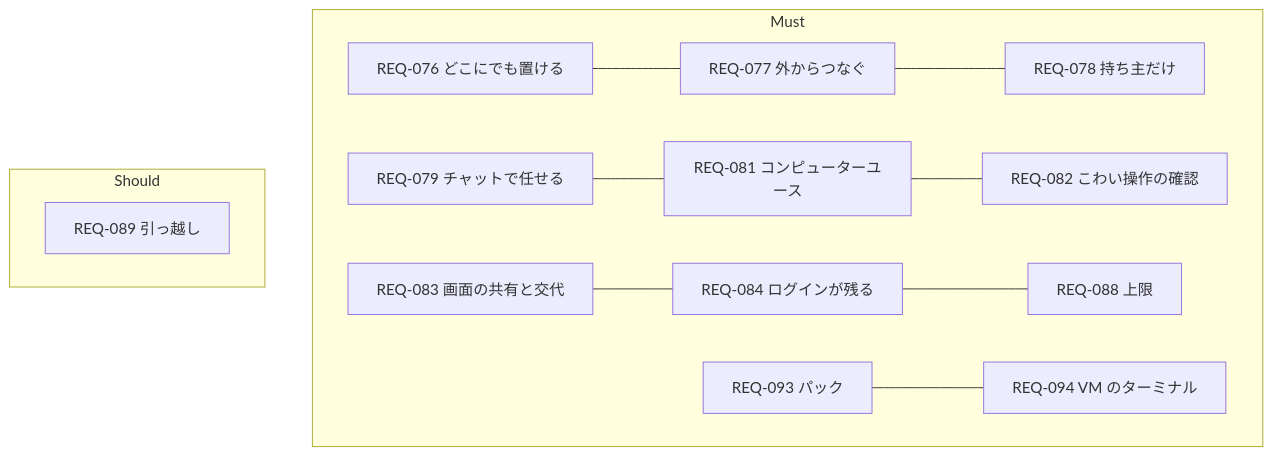
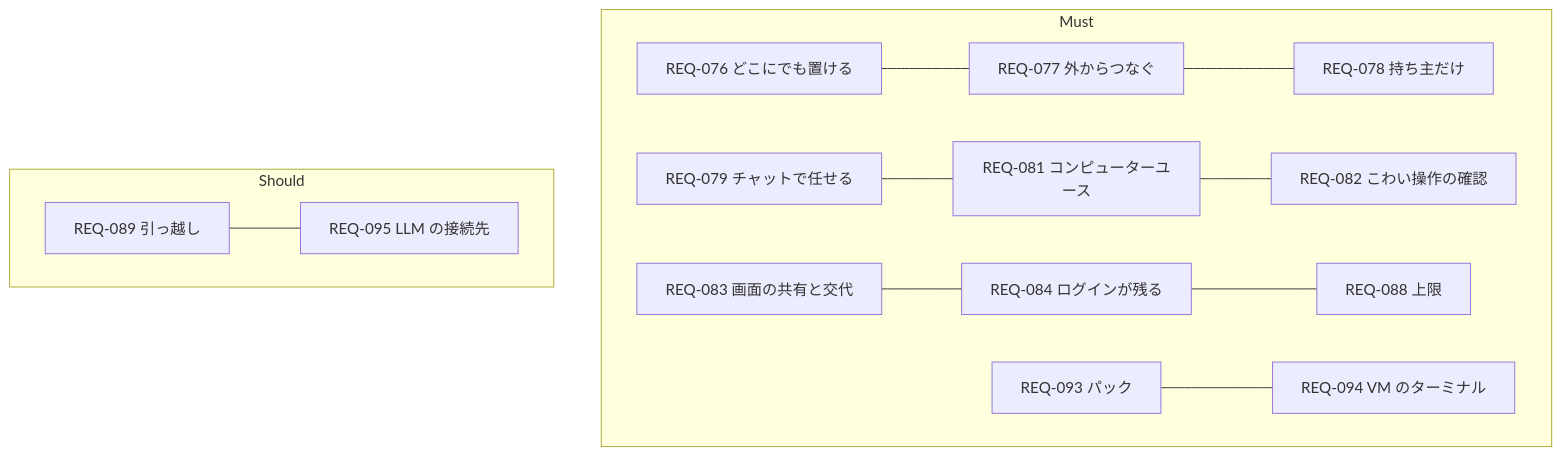
The diagram in docs/design/01_requirements.md (itiwoja/agent-team), drawn with Mermaid before and after one commit. The commit also changed other lines of this file and 15 other files, not shown here.

````diff
--- a/docs/design/01_requirements.md
+++ b/docs/design/01_requirements.md
@@ -13,12 +13,12 @@
 ```mermaid
 flowchart TB
  subgraph MUST["Must"]
   R76["REQ-076 どこにでも置ける"] --- R77["REQ-077 外からつなぐ"] --- R78["REQ-078 持ち主だけ"]
   R79["REQ-079 チャットで任せる"] --- R81["REQ-081 コンピューターユース"] --- R82["REQ-082 こわい操作の確認"]
   R83["REQ-083 画面の共有と交代"] --- R84["REQ-084 ログインが残る"] --- R88["REQ-088 上限"]
   R93["REQ-093 パック"] --- R94["REQ-094 VM のターミナル"]
  end
  subgraph SHOULD["Should"]
-  R89["REQ-089 引っ越し"]
+  R89["REQ-089 引っ越し"] --- R95["REQ-095 LLM の接続先"]
  end
 ```
````
